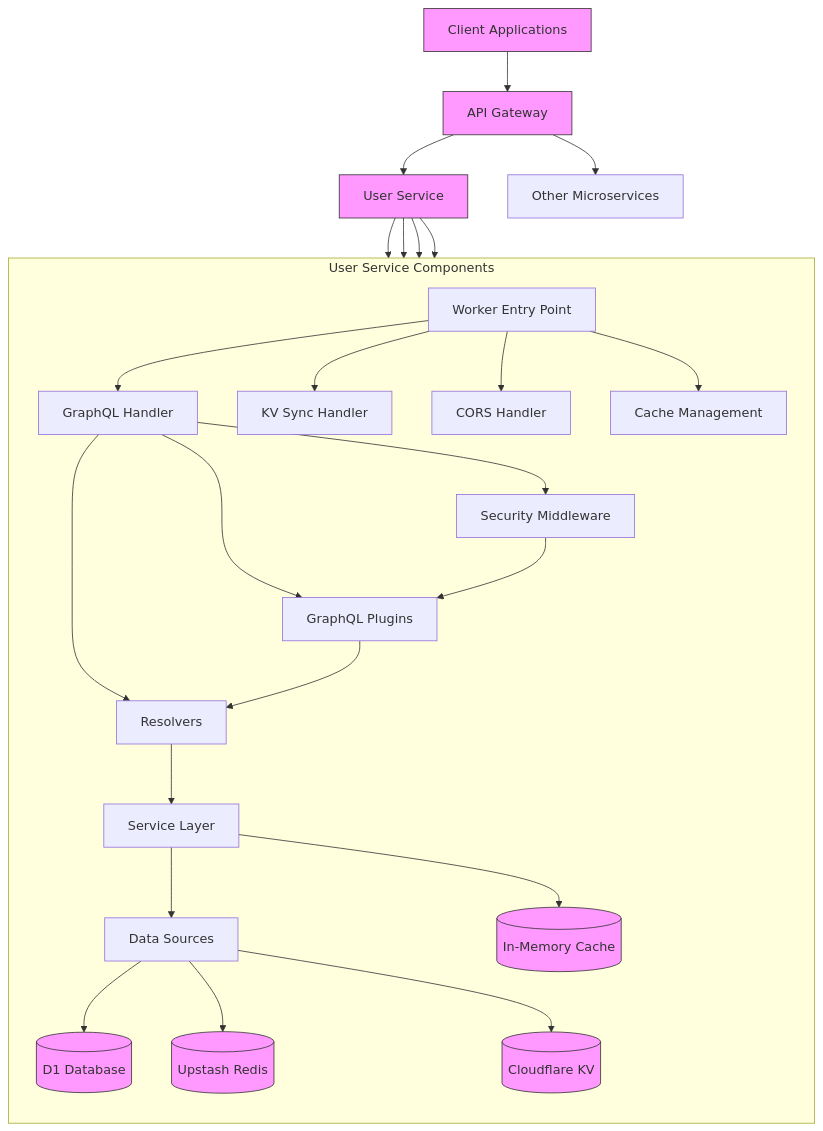
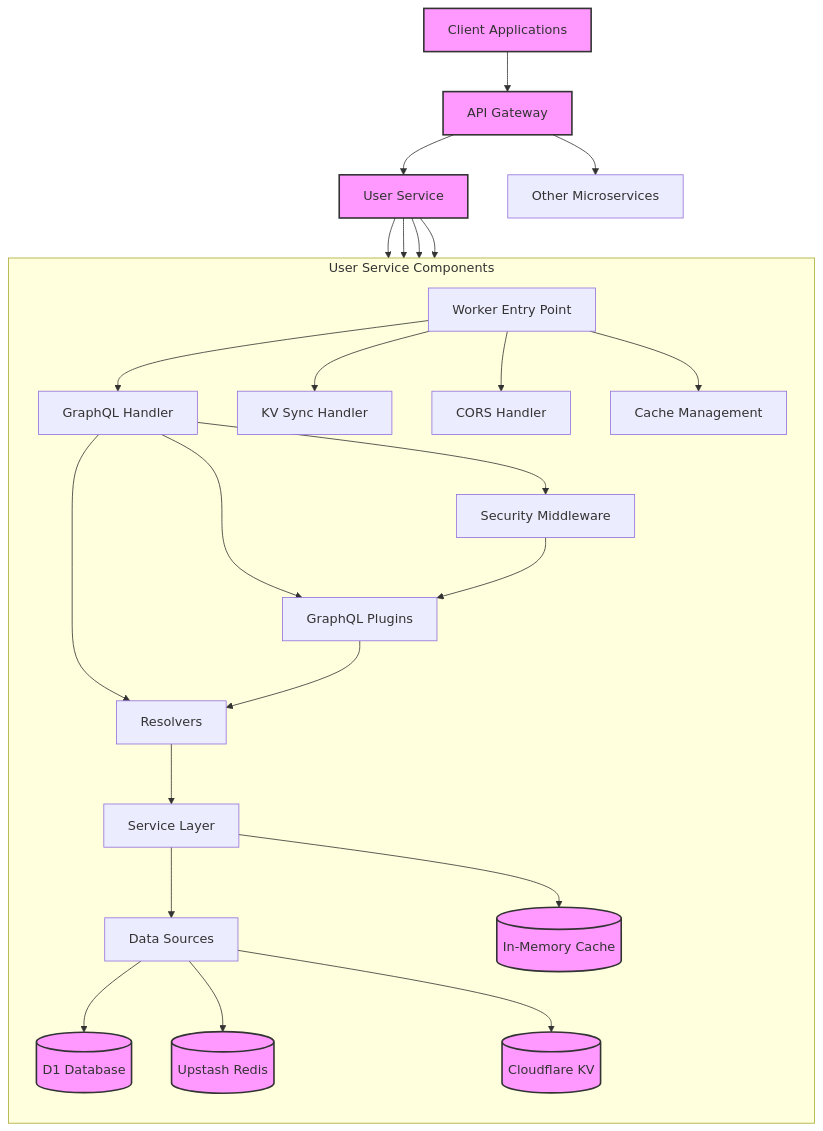
Before and after one commit to vinodhj/expense-microservices: the first of 15 diagrams in docs/user-services.md, drawn with Mermaid.

Commit message:
mermaid tweaks-5

````diff
--- a/docs/user-services.md
+++ b/docs/user-services.md
@@ -53,37 +53,37 @@
 ```mermaid
 flowchart TB
     Client[Client Applications] --> Gateway[API Gateway]
     Gateway --> UserService[User Service]
     Gateway --> OtherServices[Other Microservices]
 
     UserService --> D1DB[(D1 Database)]
     UserService --> RedisStore[(Upstash Redis)]
     UserService --> CloudflareKV[(Cloudflare KV)]
     UserService --> InMemoryCache[(In-Memory Cache)]
 
     subgraph "User Service Components"
         direction TB
         Worker[Worker Entry Point] --> GraphQLHandler[GraphQL Handler]
         Worker --> KVSyncHandler[KV Sync Handler]
         Worker --> CORSHandler[CORS Handler]
         Worker --> CacheManager[Cache Management]
 
         GraphQLHandler --> SecurityMiddleware[Security Middleware]
         GraphQLHandler --> GraphQLPlugins[GraphQL Plugins]
         GraphQLHandler --> Resolvers[Resolvers]
 
         SecurityMiddleware --> GraphQLPlugins
         GraphQLPlugins --> Resolvers
 
         Resolvers --> Services[Service Layer]
         Services --> DataSources[Data Sources]
 
         Services --> InMemoryCache
         DataSources --> D1DB
         DataSources --> RedisStore
         DataSources --> CloudflareKV
     end
 
-    classDef highlight fill:#f9f,stroke:#333,stroke-width:2px;color:#333
+    classDef highlight fill:#f9f,stroke:#333,stroke-width:2px,color:#333
     class UserService,Client,Gateway,D1DB,RedisStore,CloudflareKV,InMemoryCache highlight
 ```
````
